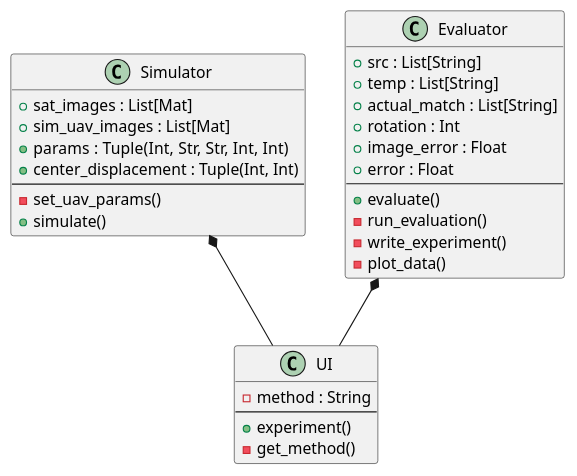
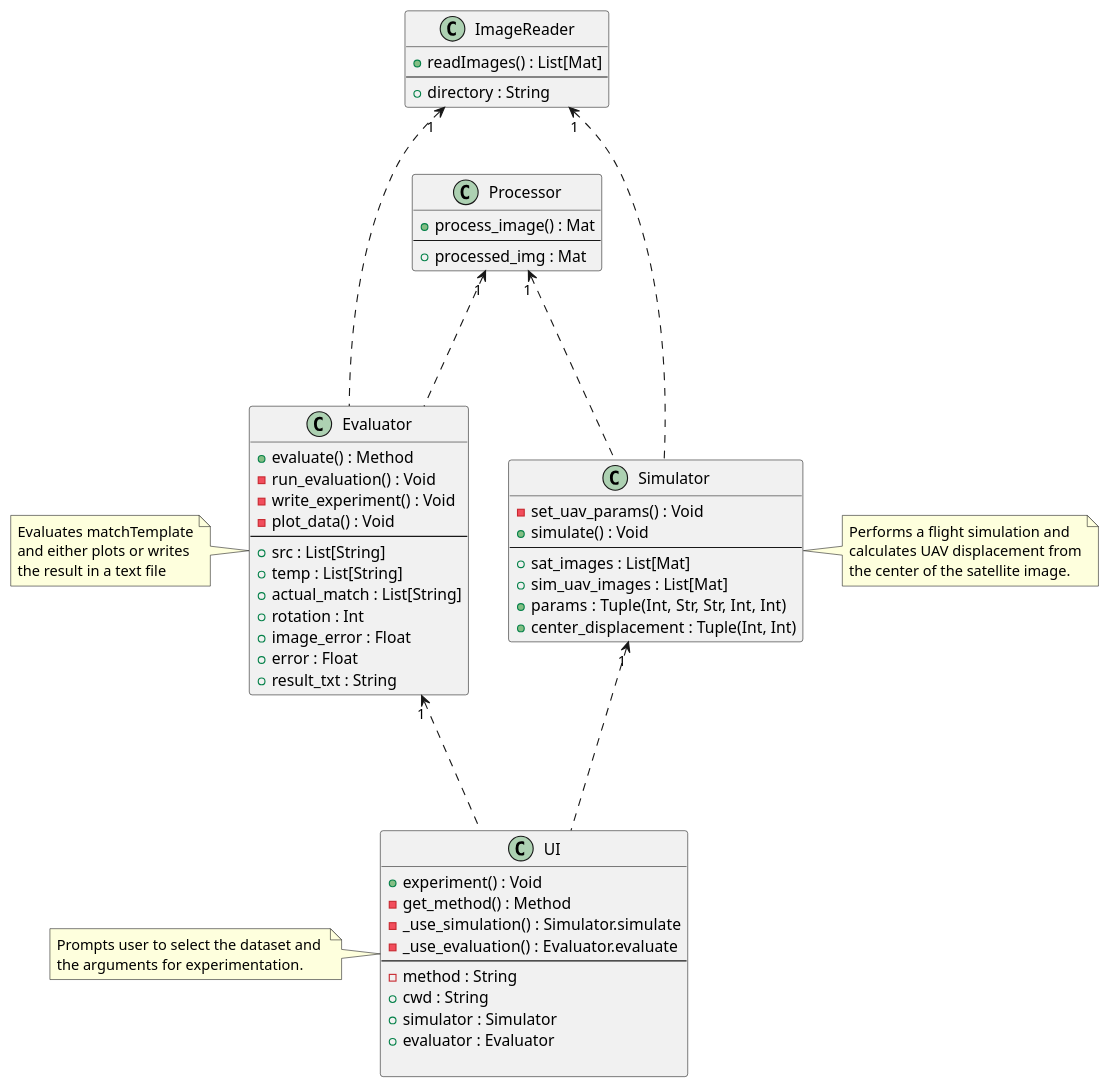
The diagram in src/mainuml.puml (VasilisAthanasiou/uav-nav-assist), drawn with PlantUML before and after one commit. The commit also changed 1 other file, not shown here.

```diff
--- a/src/mainuml.puml
+++ b/src/mainuml.puml
@@ -1,37 +1,65 @@
 @startuml
 
 class UI{
--method : String
---
-+experiment()
--get_method()
+    +experiment() : Void
+    -get_method() : Method
+    -_use_simulation() : Simulator.simulate
+    -_use_evaluation() : Evaluator.evaluate
+    --
+    -method : String
+    +cwd : String
+    +simulator : Simulator
+    +evaluator : Evaluator
+
+}
+note left: Prompts user to select the dataset and \nthe arguments for experimentation.
+class Evaluator{
+    +evaluate() : Method
+    -run_evaluation() : Void
+    -write_experiment() : Void
+    -plot_data() : Void
+    --
+    +src : List[String]
+    +temp : List[String]
+    +actual_match : List[String]
+    +rotation : Int
+    +image_error : Float
+    +error : Float
+    +result_txt : String
 }
 
-Simulator *-- UI
-Evaluator *-- UI
-class Evaluator{
-+src : List[String]
-+temp : List[String]
-+actual_match : List[String]
-+rotation : Int
-+image_error : Float
-+error : Float
---
-+evaluate()
--run_evaluation()
--write_experiment()
--plot_data()
+note left: Evaluates matchTemplate\nand either plots or writes\nthe result in a text file
+
+class Simulator{
+    -set_uav_params() : Void
+    +simulate() : Void
+    --
+    +sat_images : List[Mat]
+    +sim_uav_images : List[Mat]
+    +params : Tuple(Int, Str, Str, Int, Int)
+    +center_displacement : Tuple(Int, Int)
 }
 
-class Simulator{
-+sat_images : List[Mat]
-+sim_uav_images : List[Mat]
-+params : Tuple(Int, Str, Str, Int, Int)
-+center_displacement : Tuple(Int, Int)
---
--set_uav_params()
-+simulate()
+note right of Simulator: Performs a flight simulation and\ncalculates UAV displacement from\nthe center of the satellite image.
+
+class ImageReader{
+    +readImages() : List[Mat]
+    --
+    +directory : String
+}
+
+class Processor{
+    +process_image() : Mat
+    --
+    +processed_img : Mat
 }
 
 
+Simulator "1" <--. UI
+Evaluator "1" <--. UI
+ImageReader "1" <---. Simulator
+ImageReader "1" <---. Evaluator
+Processor "1"  <--. Evaluator
+Processor "1" <--. Simulator
+
 @enduml
```
